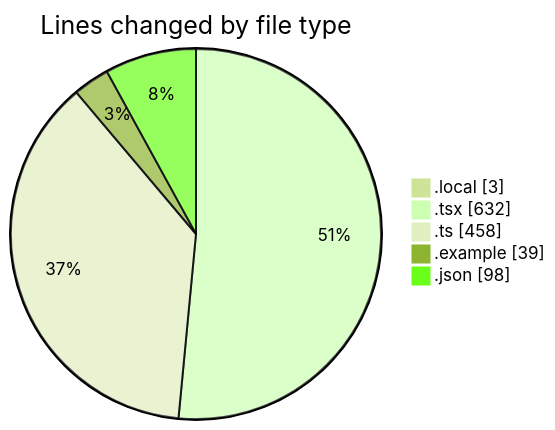
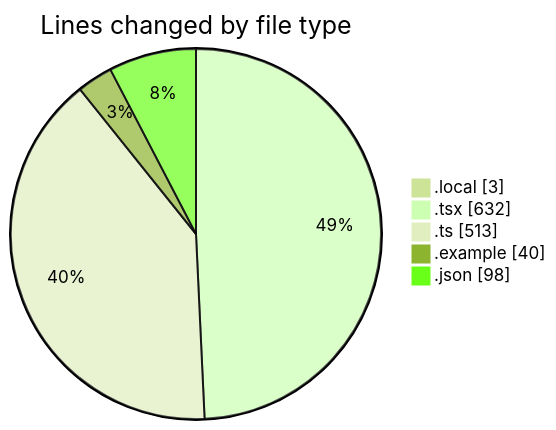
One commit to julien-gomy/code-tracking changed the first of 2 diagrams in 2025-11-20/eventscop-frontend-guide__workspace_/README.md. Above: the diagram before and after it, drawn with Mermaid (forest theme). The commit also changed other lines of this file and 1 other file, not shown here.

````diff
--- a/2025-11-20/eventscop-frontend-guide__workspace_/README.md
+++ b/2025-11-20/eventscop-frontend-guide__workspace_/README.md
@@ -38,9 +39,9 @@
 ```mermaid
 pie showData
 title Lines changed by file type
 ".local" : 3
 ".tsx" : 632
-".ts" : 458
-".example" : 39
+".ts" : 513
+".example" : 40
 ".json" : 98
 ```
````
